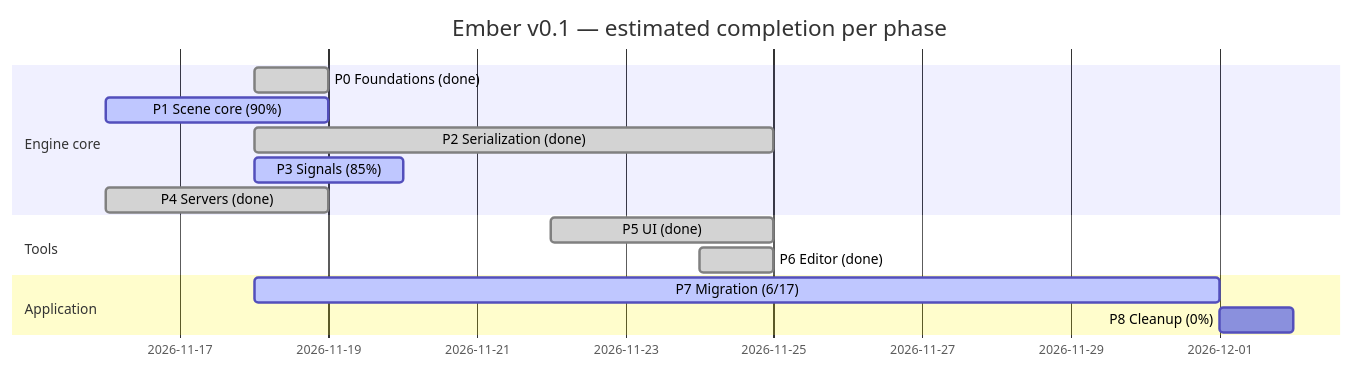
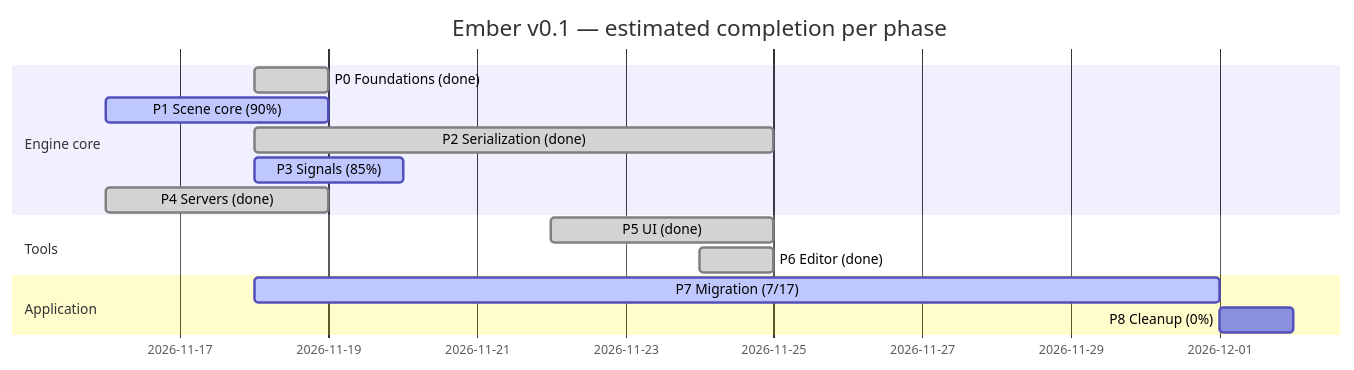
Before and after one commit to titouanthd/ember: the diagram in ember-vault/60 Progress/Roadmap Tracker.md, drawn with Mermaid. The commit also changed other lines of this file and 3 other files, not shown here.

First line of the commit message:
doc(vault-roadmap): Record the Breakout migration

````diff
--- a/ember-vault/60 Progress/Roadmap Tracker.md
+++ b/ember-vault/60 Progress/Roadmap Tracker.md
@@ -11,17 +11,17 @@
 ```mermaid
 gantt
   dateFormat YYYY-MM-DD
   title Ember v0.1 — estimated completion per phase
   section Engine core
   P0 Foundations (done)  :done, p0, 2026-11-18, 1d
   P1 Scene core (90%)    :active, p1, 2026-11-16, 3d
   P2 Serialization (done):done, p2, 2026-11-18, 7d
   P3 Signals (85%)       :active, p3, 2026-11-18, 2d
   P4 Servers (done)      :done, p4, 2026-11-16, 3d
   section Tools
   P5 UI (done)           :done, p5, 2026-11-22, 3d
   P6 Editor (done)       :done, p6, 2026-11-24, 1d
   section Application
-  P7 Migration (6/17)    :active, p7, 2026-11-18, 13d
+  P7 Migration (7/17)    :active, p7, 2026-11-18, 13d
   P8 Cleanup (0%)        :p8, after p7, 1d
 ```
````
